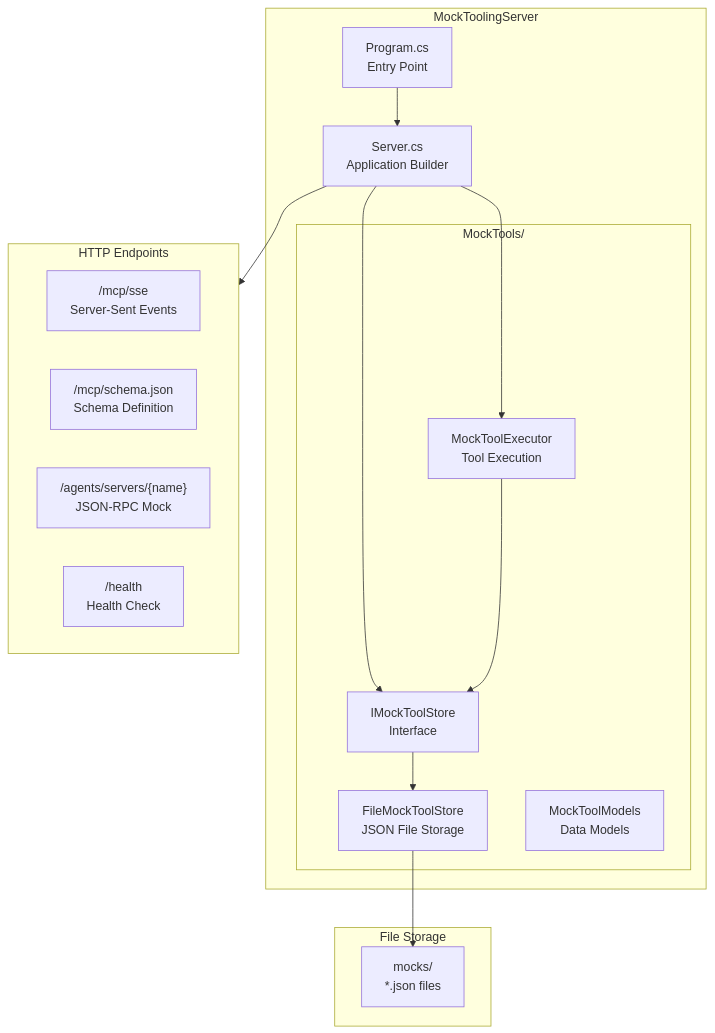
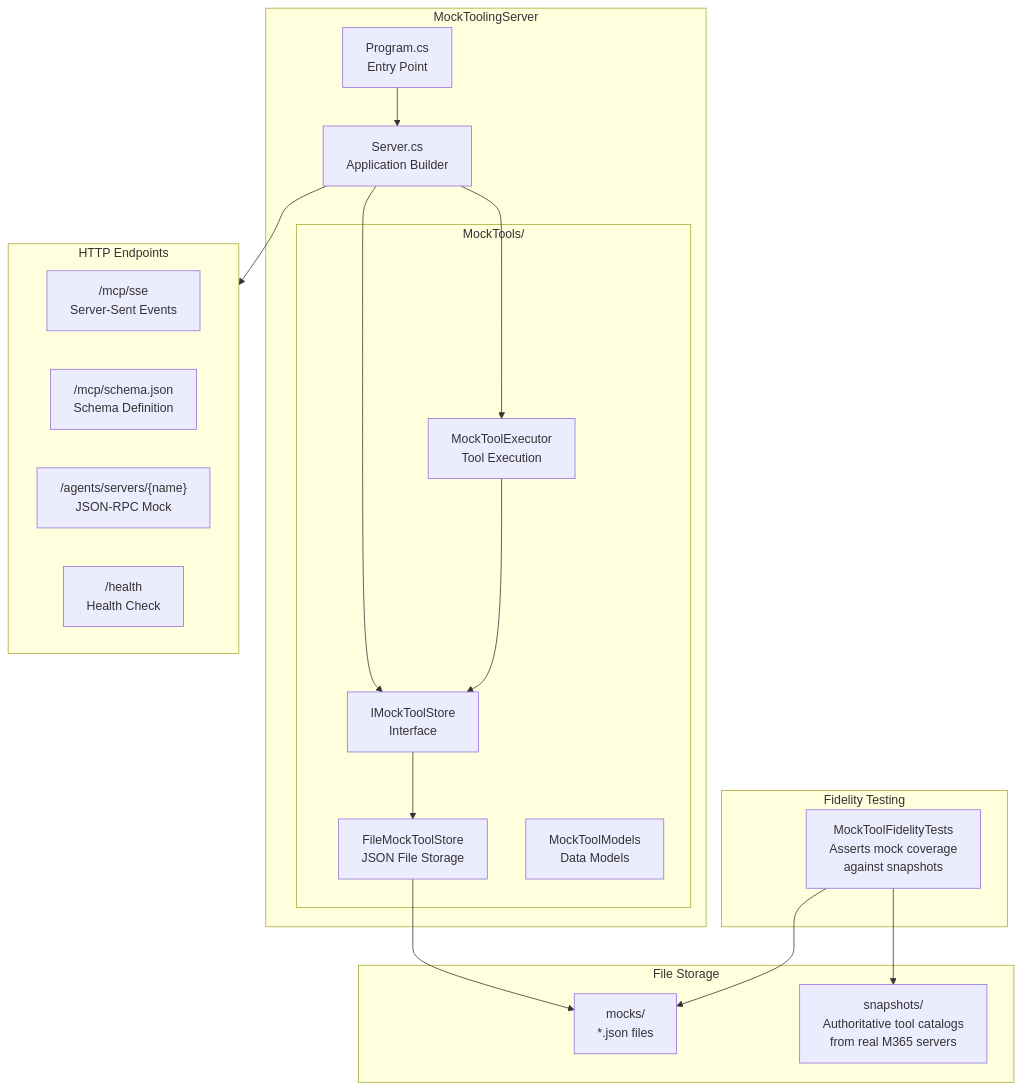
Before and after one commit to pratapladhani/Agent365-devTools: the diagram in src/Microsoft.Agents.A365.DevTools.MockToolingServer/design.md, drawn with Mermaid. The commit also changed other lines of this file and 12 other files, not shown here.

First line of the commit message:
fix: correct mock MCP tool names to match real M365 server contracts (#301)

````diff
--- a/src/Microsoft.Agents.A365.DevTools.MockToolingServer/design.md
+++ b/src/Microsoft.Agents.A365.DevTools.MockToolingServer/design.md
@@ -22,33 +22,40 @@
 ```mermaid
 flowchart TB
     subgraph Server["MockToolingServer"]
         Program["Program.cs<br/>Entry Point"]
         ServerClass["Server.cs<br/>Application Builder"]
 
         subgraph MockTools["MockTools/"]
             IMockToolStore["IMockToolStore<br/>Interface"]
             FileMockToolStore["FileMockToolStore<br/>JSON File Storage"]
             MockToolExecutor["MockToolExecutor<br/>Tool Execution"]
             MockToolModels["MockToolModels<br/>Data Models"]
         end
     end
 
     subgraph Storage["File Storage"]
         MocksDir["mocks/<br/>*.json files"]
+        SnapshotsDir["snapshots/<br/>Authoritative tool catalogs<br/>from real M365 servers"]
+    end
+
+    subgraph Testing["Fidelity Testing"]
+        FidelityTests["MockToolFidelityTests<br/>Asserts mock coverage<br/>against snapshots"]
     end
 
     subgraph Endpoints["HTTP Endpoints"]
         McpSSE["/mcp/sse<br/>Server-Sent Events"]
         McpSchema["/mcp/schema.json<br/>Schema Definition"]
         McpMock["/agents/servers/{name}<br/>JSON-RPC Mock"]
         Health["/health<br/>Health Check"]
     end
 
     Program --> ServerClass
     ServerClass --> IMockToolStore
     IMockToolStore --> FileMockToolStore
     FileMockToolStore --> MocksDir
     ServerClass --> MockToolExecutor
     MockToolExecutor --> IMockToolStore
     ServerClass --> Endpoints
+    FidelityTests --> SnapshotsDir
+    FidelityTests --> MocksDir
 ```
````
